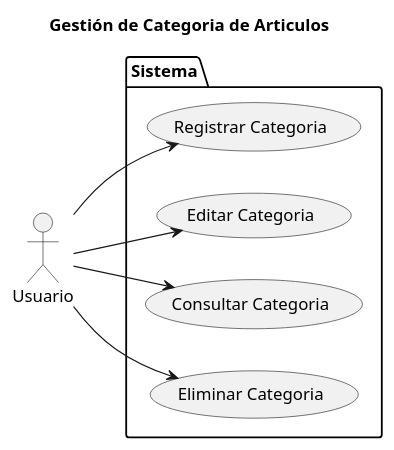
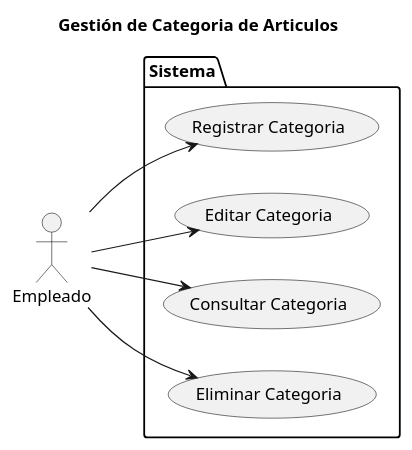
Before and after one commit to marcelolezcanodev/GarageGuru: the diagram in Diagramas/caso_de_uso_Categoria.plantuml, drawn with PlantUML. The commit also changed 17 other files, not shown here.

```diff
--- a/Diagramas/caso_de_uso_Categoria.plantuml
+++ b/Diagramas/caso_de_uso_Categoria.plantuml
@@ -1,23 +1,23 @@
-@startuml usuario
+@startuml CU_Categoria
 
 left to right direction
 
 title Gestión de Categoria de Articulos
 
-actor Usuario as User
+actor Empleado as User
 
 package Sistema {
 
     USECASE "Registrar Categoria" as UC_Registrar
     USECASE "Editar Categoria" as UC_Editar
     USECASE "Consultar Categoria" as UC_Consultar
     USECASE "Eliminar Categoria" as UC_Eliminar
 
 }
 
 User --> UC_Registrar
 User --> UC_Editar
 User --> UC_Consultar
 User --> UC_Eliminar
 
 @enduml
```
